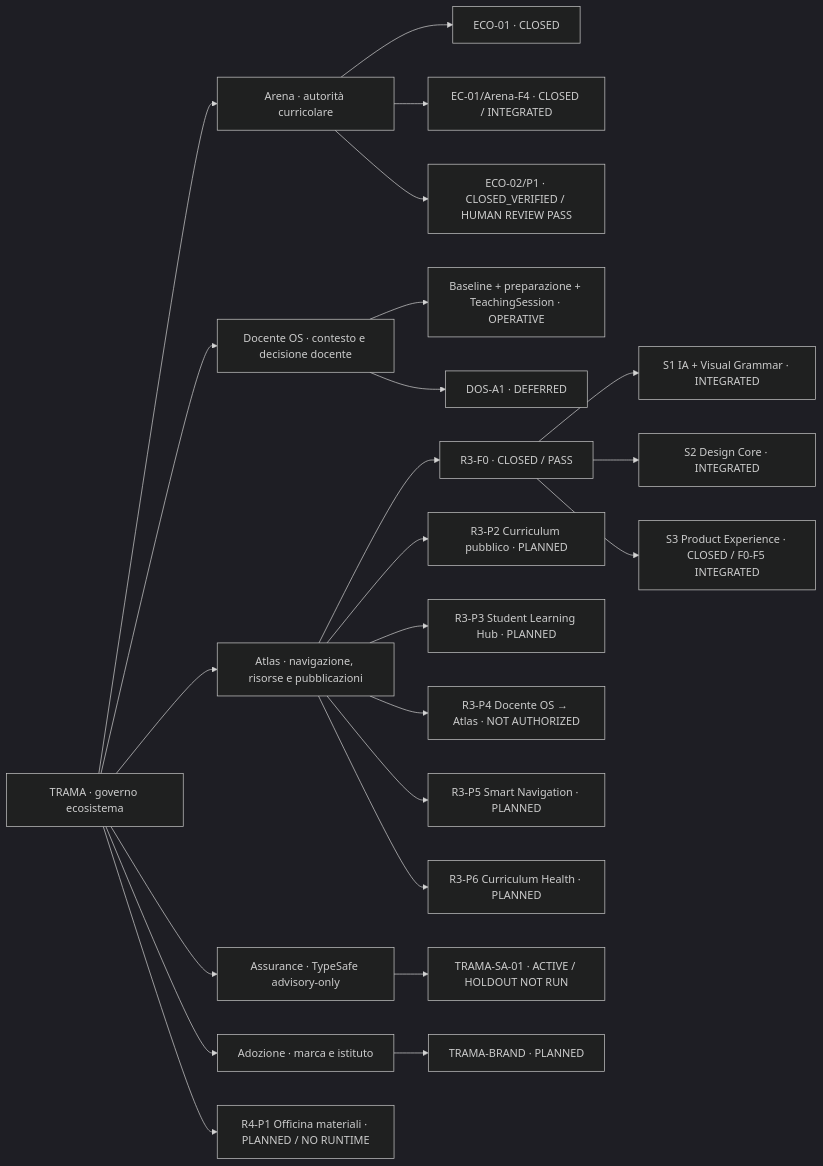
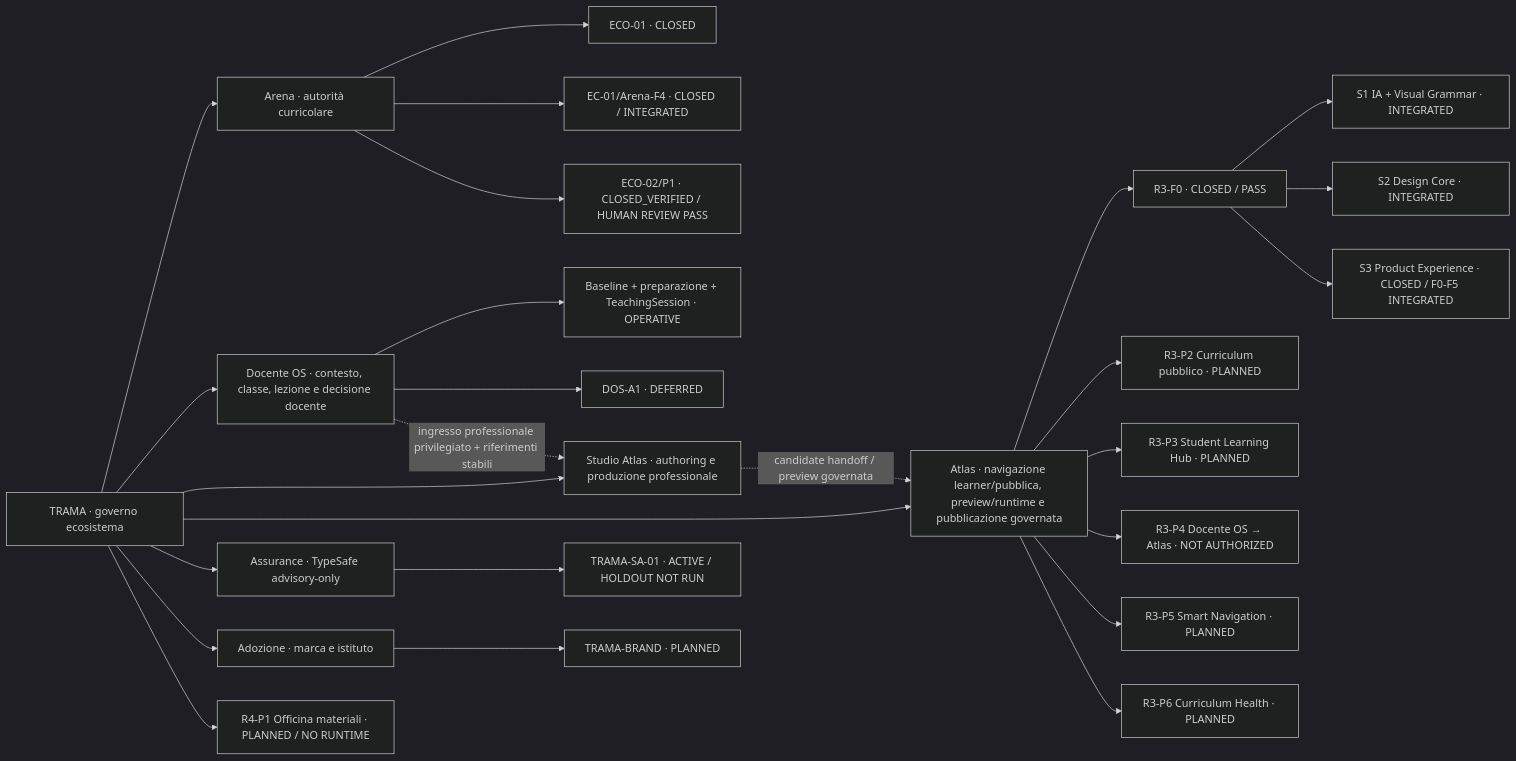
Before and after one commit to antoniocorsano-boop/trama-ecosistema: the diagram in STATUS.md, drawn with Mermaid (dark theme). The commit also changed other lines of this file and 11 other files, not shown here.

Commit message:
docs: reconcile Audit v1.3 Studio Atlas baseline

````diff
--- a/STATUS.md
+++ b/STATUS.md
@@ -17,31 +19,34 @@
 ```mermaid
 flowchart LR
   TRAMA["TRAMA · governo ecosistema"]
 
   TRAMA --> ARENA["Arena · autorità curricolare"]
-  TRAMA --> DOS["Docente OS · contesto e decisione docente"]
-  TRAMA --> ATLAS["Atlas · navigazione, risorse e pubblicazioni"]
+  TRAMA --> DOS["Docente OS · contesto, classe, lezione e decisione docente"]
+  TRAMA --> STUDIO["Studio Atlas · authoring e produzione professionale"]
+  TRAMA --> ATLAS["Atlas · navigazione learner/pubblica, preview/runtime e pubblicazione governata"]
   TRAMA --> ASSURANCE["Assurance · TypeSafe advisory-only"]
   TRAMA --> BRAND["Adozione · marca e istituto"]
 
   ARENA --> ECO01["ECO-01 · CLOSED"]
   ARENA --> ECF4["EC-01/Arena-F4 · CLOSED / INTEGRATED"]
   ARENA --> ECO02["ECO-02/P1 · CLOSED_VERIFIED / HUMAN REVIEW PASS"]
 
   DOS --> DOSBASE["Baseline + preparazione + TeachingSession · OPERATIVE"]
   DOS --> DOSA1["DOS-A1 · DEFERRED"]
+  DOS -. "ingresso professionale privilegiato + riferimenti stabili" .-> STUDIO
+  STUDIO -. "candidate handoff / preview governata" .-> ATLAS
 
   ATLAS --> R3F0["R3-F0 · CLOSED / PASS"]
   R3F0 --> S1["S1 IA + Visual Grammar · INTEGRATED"]
   R3F0 --> S2["S2 Design Core · INTEGRATED"]
   R3F0 --> S3["S3 Product Experience · CLOSED / F0-F5 INTEGRATED"]
   ATLAS --> R3P2["R3-P2 Curriculum pubblico · PLANNED"]
   ATLAS --> R3P3["R3-P3 Student Learning Hub · PLANNED"]
   ATLAS --> R3P4["R3-P4 Docente OS → Atlas · NOT AUTHORIZED"]
   ATLAS --> R3P5["R3-P5 Smart Navigation · PLANNED"]
   ATLAS --> R3P6["R3-P6 Curriculum Health · PLANNED"]
 
   TRAMA --> R4P1["R4-P1 Officina materiali · PLANNED / NO RUNTIME"]
   ASSURANCE --> TSA["TRAMA-SA-01 · ACTIVE / HOLDOUT NOT RUN"]
   BRAND --> TB["TRAMA-BRAND · PLANNED"]
 ```
````
